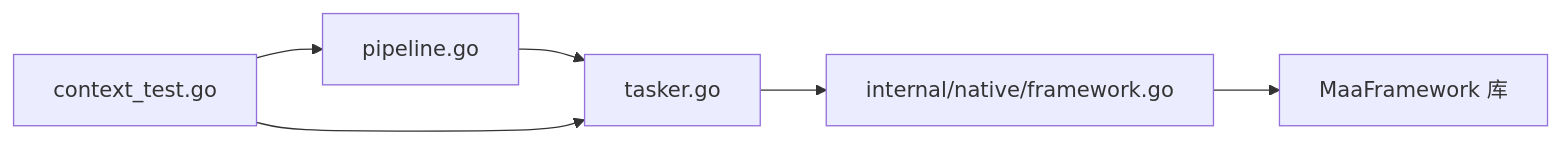
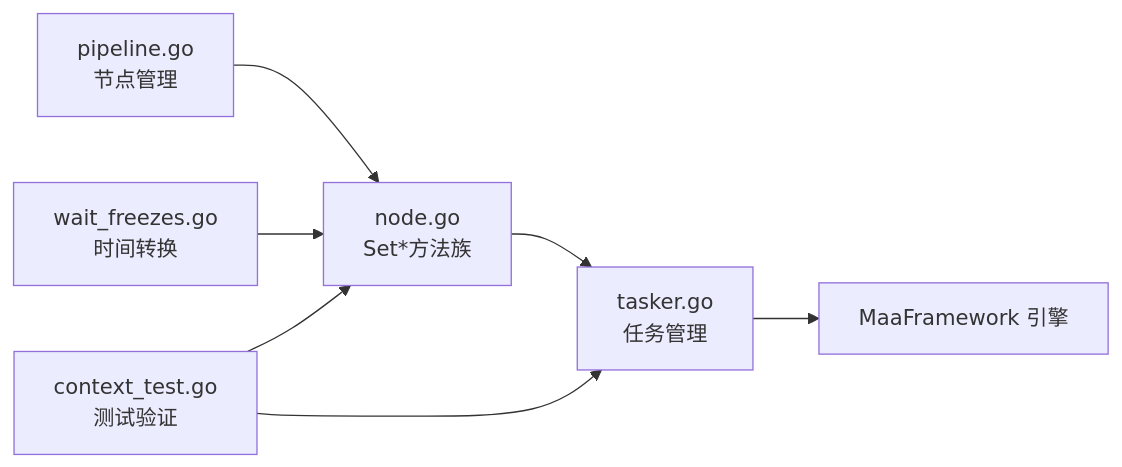
One commit to kqcoxn/MaaPipelineEditor changed the third of 3 diagrams in instructions/maafw-golang-binding/高级功能/流水线配置/流程控制机制/执行约束配置.md. Above: the diagram before and after it, drawn with Mermaid. The commit also changed other lines of this file and 6 other files, not shown here.

````diff
--- a/instructions/maafw-golang-binding/高级功能/流水线配置/流程控制机制/执行约束配置.md
+++ b/instructions/maafw-golang-binding/高级功能/流水线配置/流程控制机制/执行约束配置.md
@@ -214,8 +284,9 @@
 ```mermaid
 graph LR
-PG["pipeline.go"] --> TG["tasker.go"]
-TG --> NG["internal/native/framework.go"]
-CTG["context_test.go"] --> PG
-CTG --> TG
-NG --> FW["MaaFramework 库"]
+N["node.go<br/>Set*方法族"] --> T["tasker.go<br/>任务管理"]
+P["pipeline.go<br/>节点管理"] --> N
+T --> E["MaaFramework 引擎"]
+WF["wait_freezes.go<br/>时间转换"] --> N
+CT["context_test.go<br/>测试验证"] --> N
+CT --> T
 ```
````
